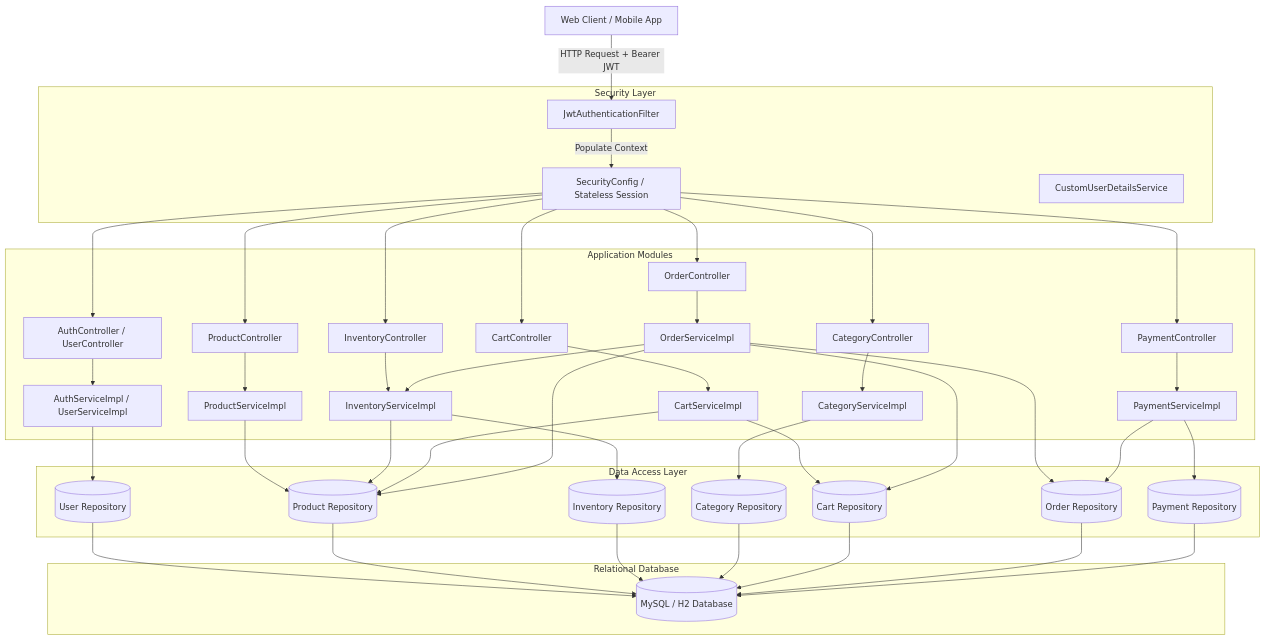
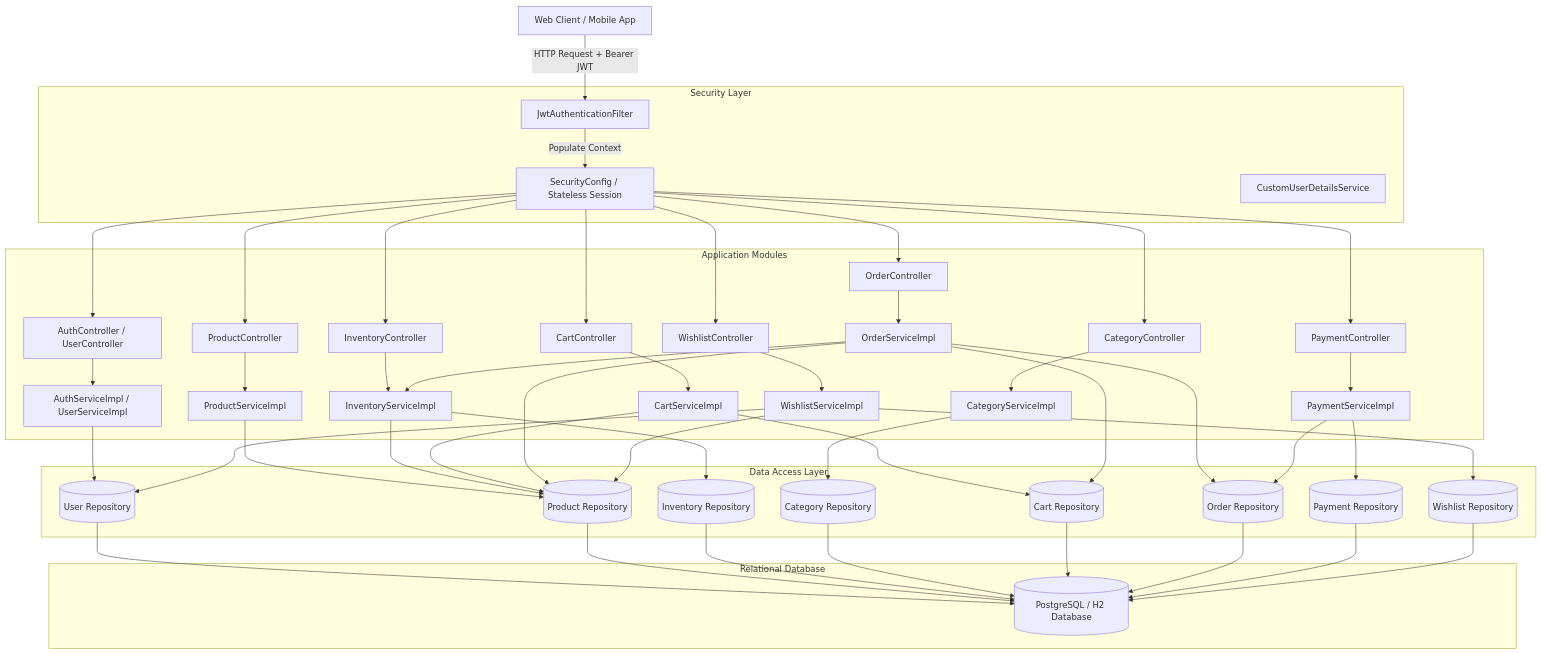
The first of 9 diagrams in docs/Architecture.md (Amitgupta0001/amazon-scale-backend), drawn with Mermaid before and after one commit. The commit also changed other lines of this file and 26 other files, not shown here.

Commit message:
docs: document project architecture, API, security, database, and modules

````diff
--- a/docs/Architecture.md
+++ b/docs/Architecture.md
@@ -30,64 +39,69 @@
 ```mermaid
 graph TD
     Client[Web Client / Mobile App]
 
     subgraph Security Layer
         JwtFilter[JwtAuthenticationFilter]
         SecConfig[SecurityConfig / Stateless Session]
         UserDetailsService[CustomUserDetailsService]
     end
 
     subgraph Application Modules
         AuthCtrl[AuthController / UserController]
         ProductCtrl[ProductController]
         InventoryCtrl[InventoryController]
         CategoryCtrl[CategoryController]
         CartCtrl[CartController]
         OrderCtrl[OrderController]
         PaymentCtrl[PaymentController]
+        WishlistCtrl[WishlistController]
 
         AuthSvc[AuthServiceImpl / UserServiceImpl]
         ProductSvc[ProductServiceImpl]
         InventorySvc[InventoryServiceImpl]
         CategorySvc[CategoryServiceImpl]
         CartSvc[CartServiceImpl]
         OrderSvc[OrderServiceImpl]
         PaymentSvc[PaymentServiceImpl]
+        WishlistSvc[WishlistServiceImpl]
     end
 
     subgraph Data Access Layer
         UserRepo[(User Repository)]
         ProductRepo[(Product Repository)]
         InventoryRepo[(Inventory Repository)]
         CategoryRepo[(Category Repository)]
         CartRepo[(Cart Repository)]
         OrderRepo[(Order Repository)]
         PaymentRepo[(Payment Repository)]
+        WishlistRepo[(Wishlist Repository)]
     end
 
     subgraph Relational Database
-        DB[(MySQL / H2 Database)]
+        DB[(PostgreSQL / H2 Database)]
     end
 
     Client -->|HTTP Request + Bearer JWT| JwtFilter
     JwtFilter -->|Populate Context| SecConfig
-    SecConfig --> AuthCtrl & ProductCtrl & InventoryCtrl & CategoryCtrl & CartCtrl & OrderCtrl & PaymentCtrl
+    SecConfig --> AuthCtrl & ProductCtrl & InventoryCtrl & CategoryCtrl & CartCtrl & OrderCtrl & PaymentCtrl & WishlistCtrl
 
     AuthCtrl --> AuthSvc
     ProductCtrl --> ProductSvc
     InventoryCtrl --> InventorySvc
     CategoryCtrl --> CategorySvc
     CartCtrl --> CartSvc
     OrderCtrl --> OrderSvc
     PaymentCtrl --> PaymentSvc
+    WishlistCtrl --> WishlistSvc
 
     AuthSvc --> UserRepo
     ProductSvc --> ProductRepo
     InventorySvc --> InventoryRepo & ProductRepo
     CategorySvc --> CategoryRepo
     CartSvc --> CartRepo & ProductRepo
     OrderSvc --> OrderRepo & CartRepo & ProductRepo & InventorySvc
     PaymentSvc --> PaymentRepo & OrderRepo
+    WishlistSvc --> WishlistRepo & ProductRepo & UserRepo
 
-    UserRepo & ProductRepo & InventoryRepo & CategoryRepo & CartRepo & OrderRepo & PaymentRepo --> DB
+    UserRepo & ProductRepo & InventoryRepo & CategoryRepo & CartRepo & OrderRepo & PaymentRepo & WishlistRepo --> DB
 ```
````
